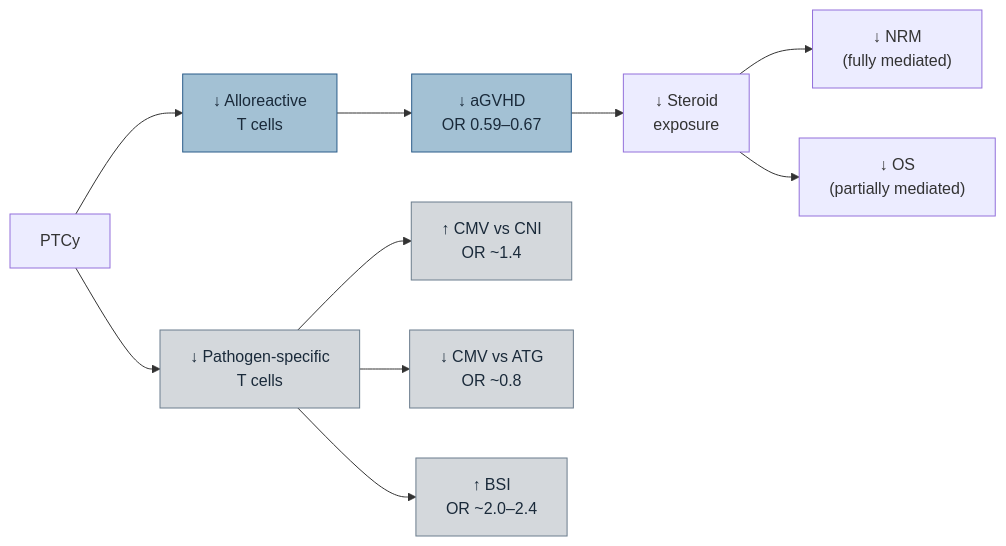
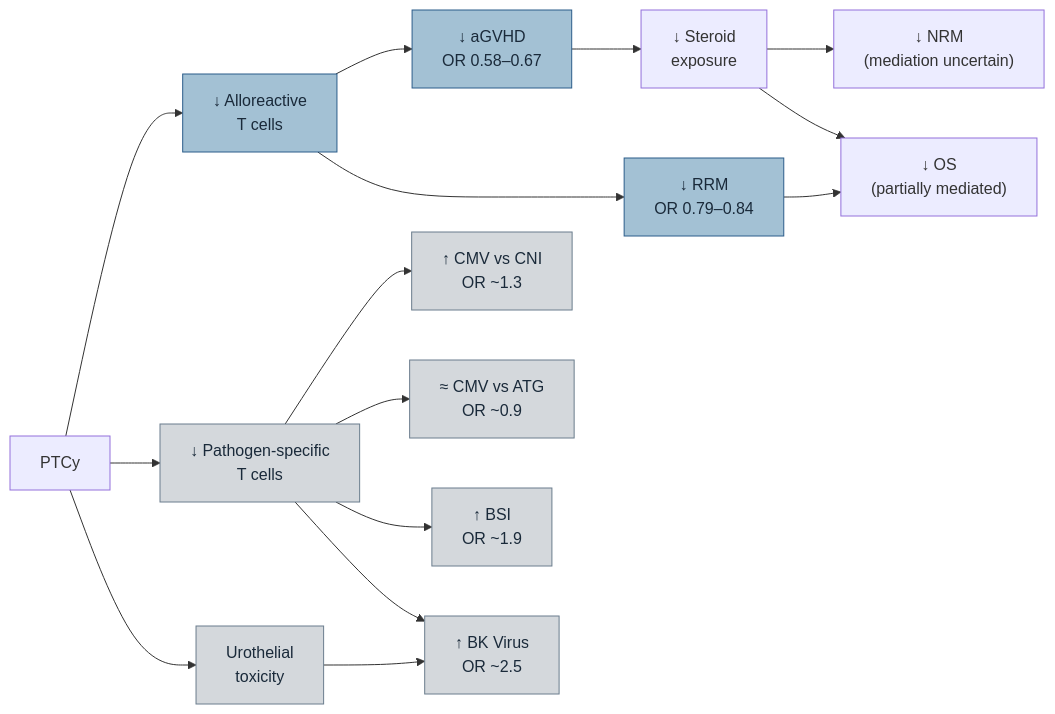
One commit to Russlewisbo/ptcy_metaanalys changed the diagram in 05_website/index.qmd. Above: the diagram before and after it, drawn with Mermaid. The commit also changed other lines of this file and 74 other files, not shown here.

````diff
--- a/05_website/index.qmd
+++ b/05_website/index.qmd
@@ -207,25 +231,33 @@
 ```{mermaid}
 %%| fig-width: 8
 %%| label: fig-mechanism
 %%| fig-cap: "Dual-pathway mechanistic framework for PTCy effects."
 
 flowchart LR
     PTCy --> A["↓ Alloreactive\nT cells"]
     PTCy --> B["↓ Pathogen-specific\nT cells"]
+    PTCy --> U["Urothelial\ntoxicity"]
 
-    A --> C["↓ aGVHD\nOR 0.59–0.67"]
+    A --> C["↓ aGVHD\nOR 0.58–0.67"]
+    A --> R["↓ RRM\nOR 0.79–0.84"]
     C --> D["↓ Steroid\nexposure"]
-    D --> E["↓ NRM\n(fully mediated)"]
+    D --> E["↓ NRM\n(mediation uncertain)"]
     D --> F["↓ OS\n(partially mediated)"]
+    R --> F
 
-    B --> G["↑ CMV vs CNI\nOR ~1.4"]
-    B --> H["↓ CMV vs ATG\nOR ~0.8"]
-    B --> I["↑ BSI\nOR ~2.0–2.4"]
+    B --> G["↑ CMV vs CNI\nOR ~1.3"]
+    B --> H["≈ CMV vs ATG\nOR ~0.9"]
+    B --> I["↑ BSI\nOR ~1.9"]
+    B --> J["↑ BK Virus"]
+    U --> J["↑ BK Virus\nOR ~2.5"]
 
     style A fill:#a3c1d4,stroke:#2b5c8a,color:#1a2a3a
     style B fill:#d4d8dc,stroke:#6b7d8d,color:#1a2a3a
+    style U fill:#d4d8dc,stroke:#6b7d8d,color:#1a2a3a
     style C fill:#a3c1d4,stroke:#2b5c8a,color:#1a2a3a
+    style R fill:#a3c1d4,stroke:#2b5c8a,color:#1a2a3a
     style G fill:#d4d8dc,stroke:#6b7d8d,color:#1a2a3a
     style H fill:#d4d8dc,stroke:#6b7d8d,color:#1a2a3a
     style I fill:#d4d8dc,stroke:#6b7d8d,color:#1a2a3a
+    style J fill:#d4d8dc,stroke:#6b7d8d,color:#1a2a3a
 ```
````
